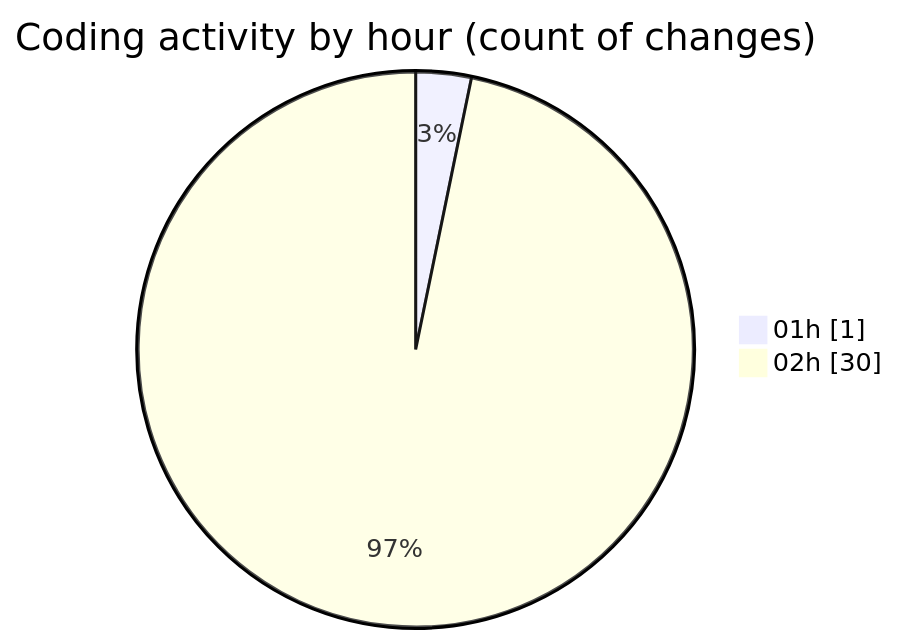
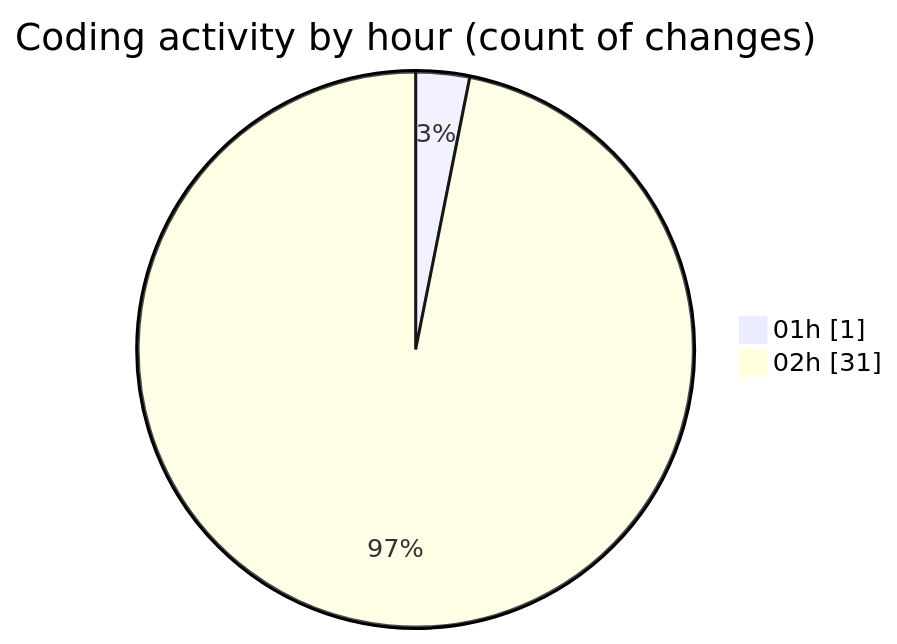
The second of 2 diagrams in 2025-02-21/uber_clone/README.md (donsfak/code-tracking), drawn with Mermaid before and after one commit. The commit also changed other lines of this file and 1 other file, not shown here.

````diff
--- a/2025-02-21/uber_clone/README.md
+++ b/2025-02-21/uber_clone/README.md
@@ -35,6 +35,6 @@
 ```mermaid
 pie showData
 title Coding activity by hour (count of changes)
 "01h" : 1
-"02h" : 30
+"02h" : 31
 ```
````
